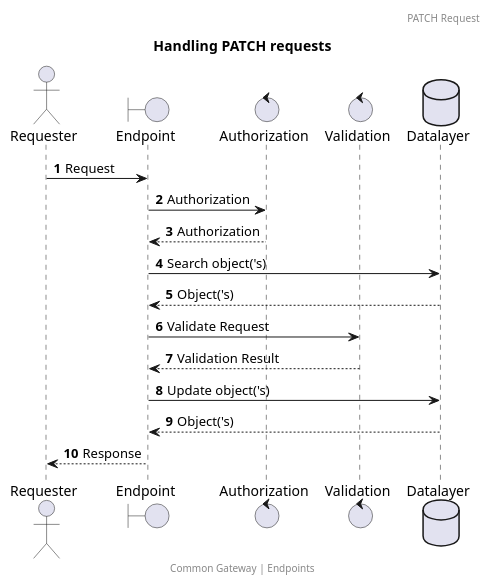
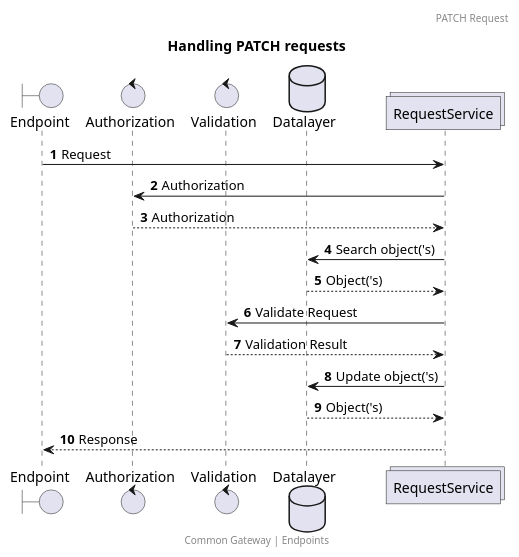
The diagram in docs/features/request_patch.puml (CommonGateway/CoreBundle), drawn with PlantUML before and after one commit. The commit also changed 7 other files, not shown here.

Commit message:
Add proxy and throw sequence diagrams

```diff
--- a/docs/features/request_patch.puml
+++ b/docs/features/request_patch.puml
@@ -1,23 +1,23 @@
 @startuml
 title: Handling PATCH requests
 footer: Common Gateway | Endpoints
 header: PATCH Request
 autonumber
 
-actor       Requester        as Requester
 boundary    Endpoint         as Endpoint
 control     Authorization    as Authorization
 control     Validation       as Validation
 database    Datalayer        as Datalayer
+collections RequestService   as RequestService
 
-Requester -> Endpoint: Request
-Endpoint -> Authorization  : Authorization
-Authorization --> Endpoint  : Authorization
-Endpoint -> Datalayer : Search object('s)
-Datalayer --> Endpoint: Object('s)
-Endpoint -> Validation : Validate Request
-Validation --> Endpoint: Validation Result
-Endpoint -> Datalayer : Update object('s)
-Datalayer --> Endpoint: Object('s)
-Endpoint --> Requester: Response
+Endpoint -> RequestService: Request
+RequestService -> Authorization  : Authorization
+Authorization --> RequestService  : Authorization
+RequestService -> Datalayer : Search object('s)
+Datalayer --> RequestService: Object('s)
+RequestService -> Validation : Validate Request
+Validation --> RequestService: Validation Result
+RequestService -> Datalayer : Update object('s)
+Datalayer --> RequestService: Object('s)
+RequestService --> Endpoint: Response
 @enduml
```
